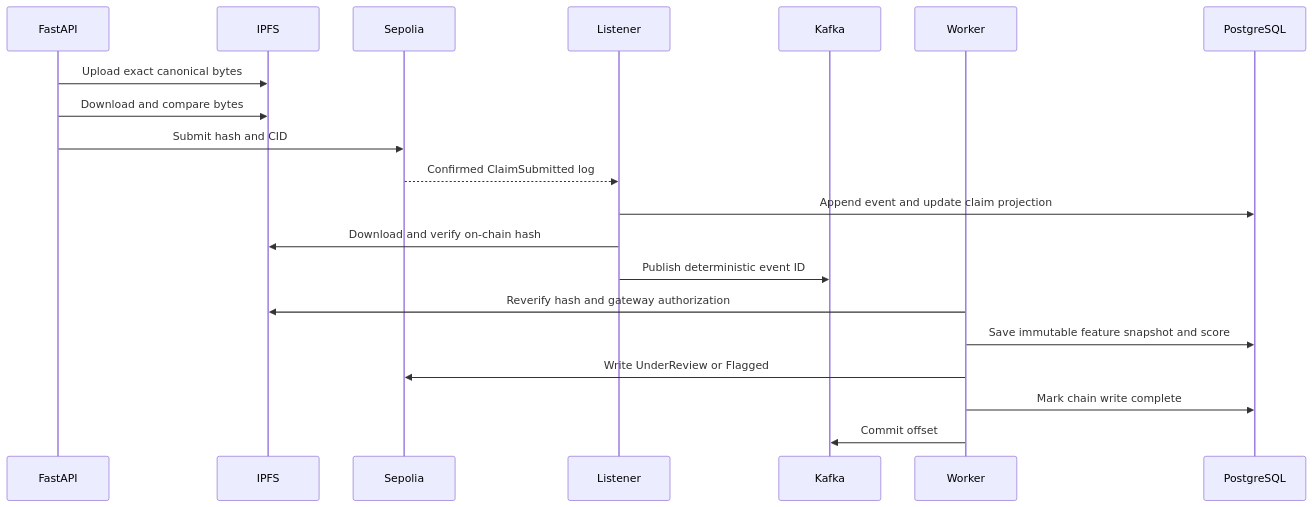
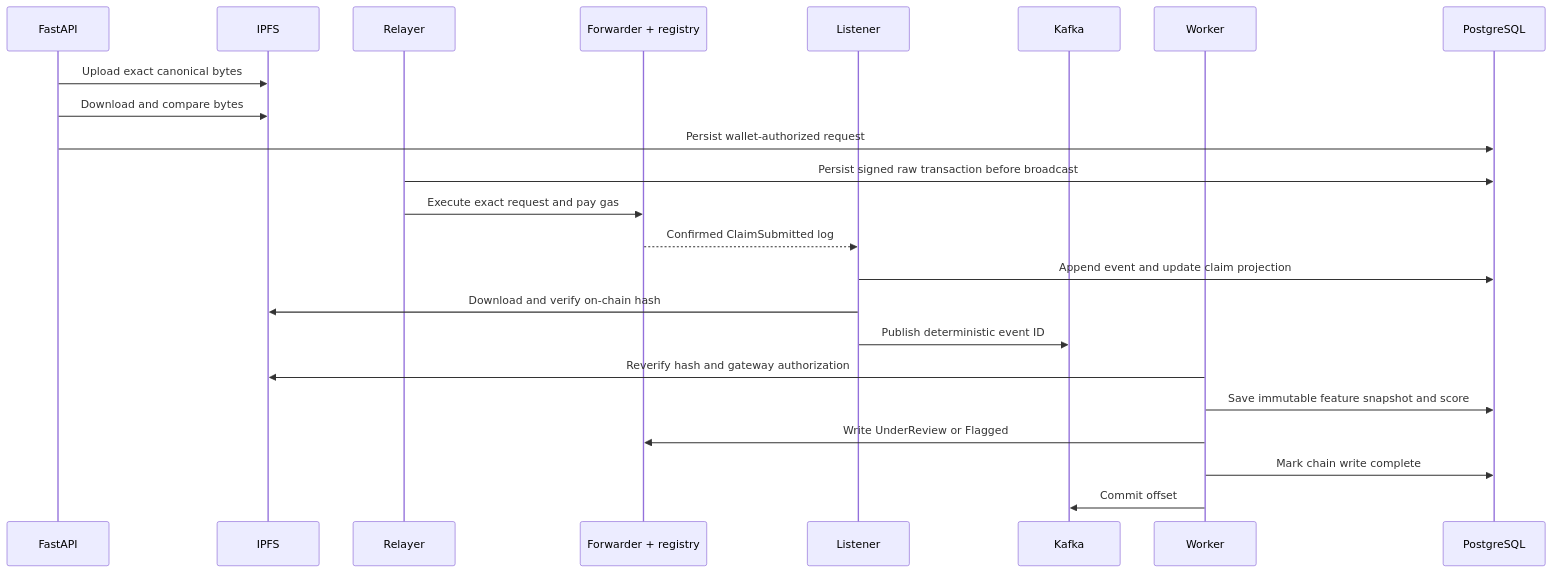
One commit to ganesh1997oli/Decentralized-Claims-Registry changed the second of 3 diagrams in README.md. Above: the diagram before and after it, drawn with Mermaid. The commit also changed other lines of this file and 67 other files, not shown here.

````diff
--- a/README.md
+++ b/README.md
@@ -46,23 +50,26 @@
 ```mermaid
 sequenceDiagram
     participant A as FastAPI
     participant I as IPFS
-    participant E as Sepolia
+    participant R as Relayer
+    participant E as Forwarder + registry
     participant L as Listener
     participant K as Kafka
     participant W as Worker
     participant P as PostgreSQL
 
     A->>I: Upload exact canonical bytes
     A->>I: Download and compare bytes
-    A->>E: Submit hash and CID
+    A->>P: Persist wallet-authorized request
+    R->>P: Persist signed raw transaction before broadcast
+    R->>E: Execute exact request and pay gas
     E-->>L: Confirmed ClaimSubmitted log
     L->>P: Append event and update claim projection
     L->>I: Download and verify on-chain hash
     L->>K: Publish deterministic event ID
     W->>I: Reverify hash and gateway authorization
     W->>P: Save immutable feature snapshot and score
     W->>E: Write UnderReview or Flagged
     W->>P: Mark chain write complete
     W->>K: Commit offset
 ```
````
